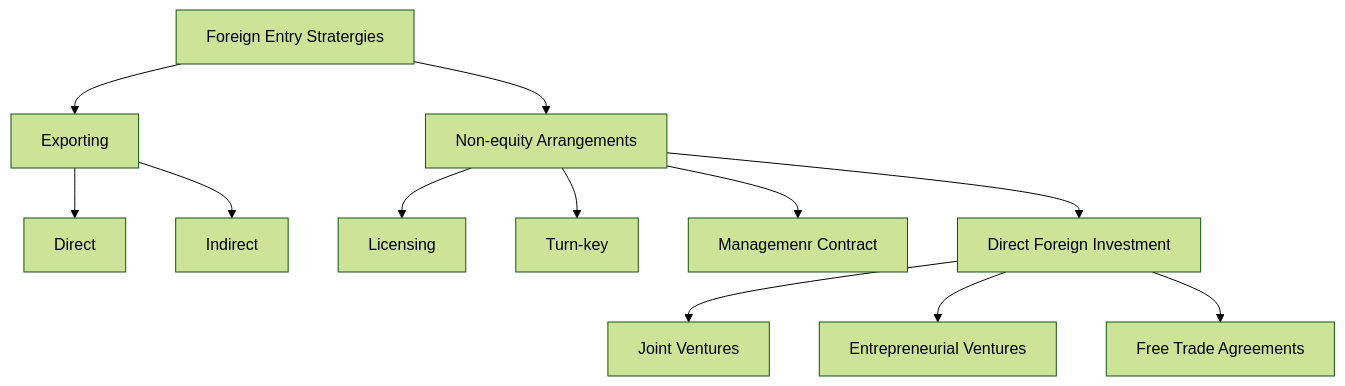
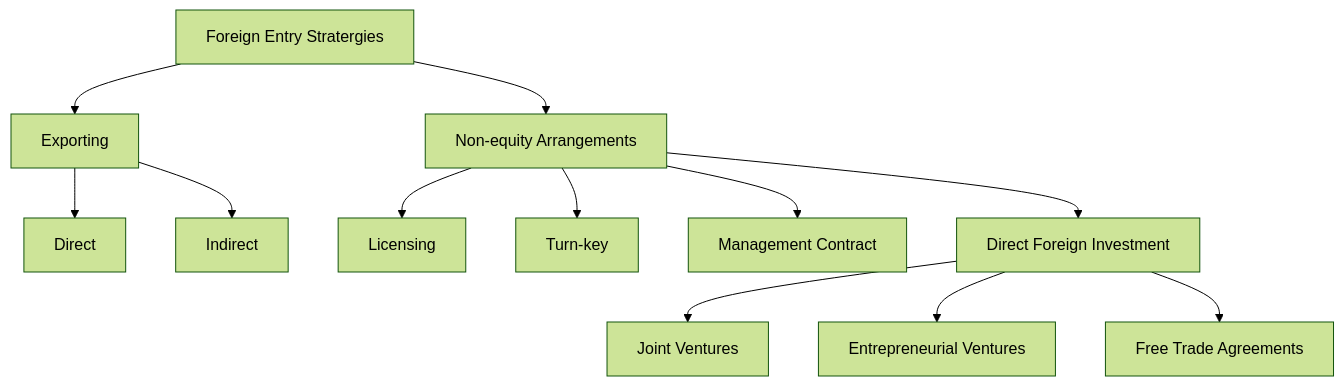
The diagram in IV/IIPME/IIPME II.md (random-goose/Notes-Vault), drawn with Mermaid (forest theme) before and after one commit. The commit also changed other lines of this file, not shown here.

````diff
--- a/IV/IIPME/IIPME II.md
+++ b/IV/IIPME/IIPME II.md
@@ -3,14 +3,14 @@
 ```mermaid
 graph TD
 	A[Foreign Entry Stratergies] --> B[Exporting]
 	B --> C[Direct]
 	B --> D[Indirect]
 	A --> E[Non-equity Arrangements]
 	E --> F[Licensing]
 	E --> G[Turn-key]
-	E --> H[Managemenr Contract]
+	E --> H[Management Contract]
 	E --> I[Direct Foreign Investment]
 	I --> J[Joint Ventures]
 	I --> K[Entrepreneurial Ventures]
 	I --> M[Free Trade Agreements]
 ```
````
